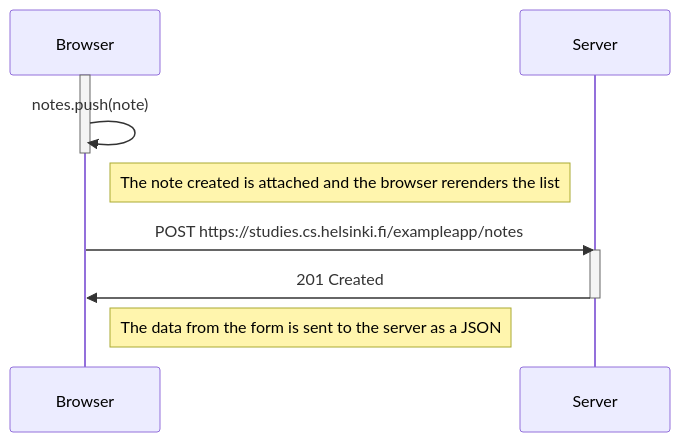
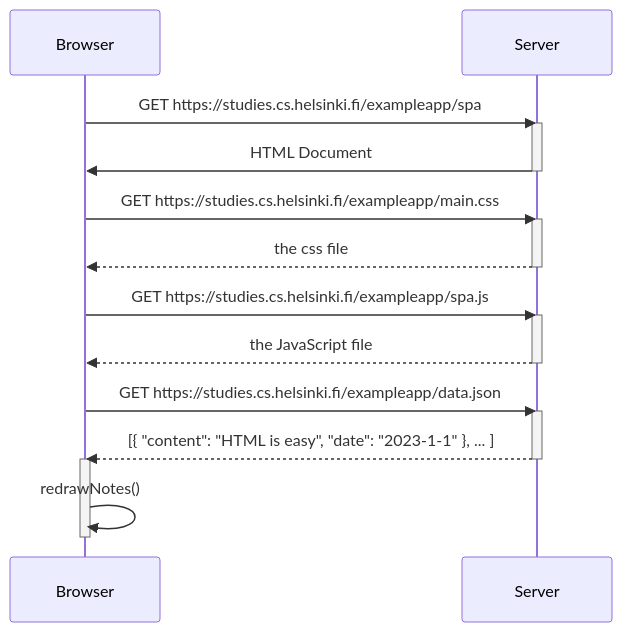
The diagram in part0/0.5/spa-diagram.md (MBorgesM/Fullstack-Open), drawn with Mermaid before and after one commit. The commit also changed 1 other file, not shown here.

Commit message:
Exercise 0.6

````diff
--- a/part0/0.5/spa-diagram.md
+++ b/part0/0.5/spa-diagram.md
@@ -1,18 +1,29 @@
 ```mermaid
 sequenceDiagram
     participant Browser
     participant Server
 
-    activate Browser
-    Browser->>Browser: notes.push(note) 
-    deactivate Browser
-
-    Note right of Browser: The note created is attached and the browser rerenders the list 
-
-    Browser->>Server: POST https://studies.cs.helsinki.fi/exampleapp/notes
+    Browser->>Server: GET https://studies.cs.helsinki.fi/exampleapp/spa
     activate Server
-    Server->>Browser: 201 Created
+    Server->>Browser: HTML Document
     deactivate Server
 
-    Note right of Browser: The data from the form is sent to the server as a JSON
+    Browser->>Server: GET https://studies.cs.helsinki.fi/exampleapp/main.css
+    activate Server
+    Server-->>Browser: the css file
+    deactivate Server
+
+    Browser->>Server: GET https://studies.cs.helsinki.fi/exampleapp/spa.js
+    activate Server
+    Server-->>Browser: the JavaScript file
+    deactivate Server
+
+    Browser->>Server: GET https://studies.cs.helsinki.fi/exampleapp/data.json
+    activate Server
+    Server-->>Browser: [{ "content": "HTML is easy", "date": "2023-1-1" }, ... ]
+    deactivate Server
+
+    activate Browser
+    Browser->>Browser: redrawNotes()
+    deactivate Browser
 ```
````
